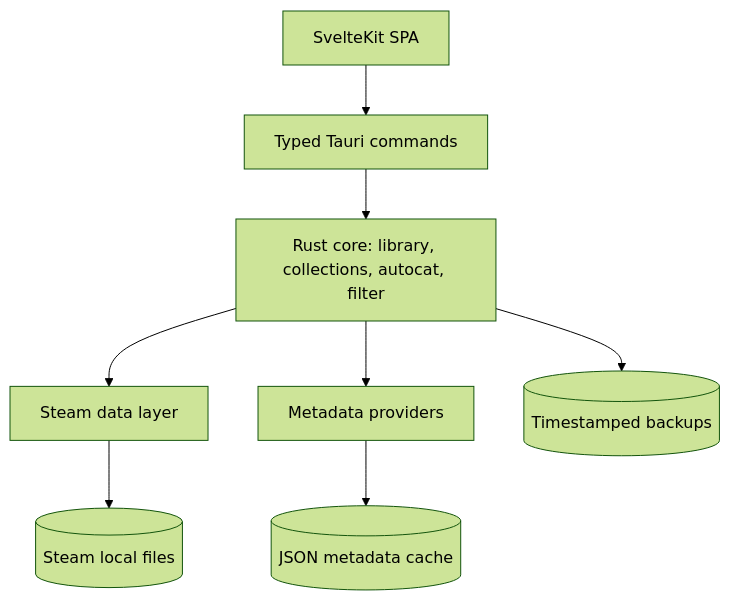
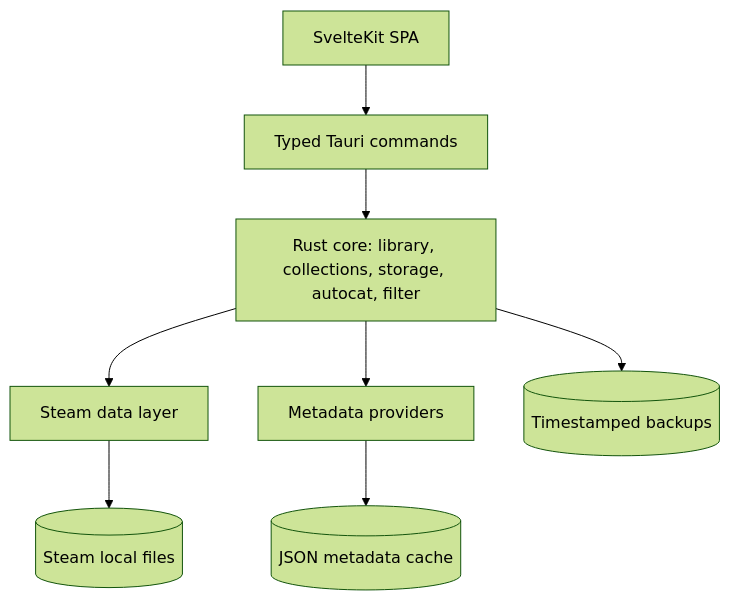
Before and after one commit to HELIX-Origin/Steam-Vault: the first of 2 diagrams in docs/_wiki/Architecture.md, drawn with Mermaid (forest theme). The commit also changed other lines of this file and 16 other files, not shown here.

First line of the commit message:
M3: document storage, filter builder, non-Steam sources, and the test runner

````diff
--- a/docs/_wiki/Architecture.md
+++ b/docs/_wiki/Architecture.md
@@ -15,10 +15,10 @@
 ```mermaid
 flowchart TB
     ui[SvelteKit SPA] --> ipc[Typed Tauri commands]
-    ipc --> core[Rust core: library, collections, autocat, filter]
+    ipc --> core[Rust core: library, collections, storage, autocat, filter]
     core --> steam[Steam data layer]
     core --> meta[Metadata providers]
     steam --> disk[(Steam local files)]
     meta --> cache[(JSON metadata cache)]
     core --> backup[(Timestamped backups)]
 ```
````
